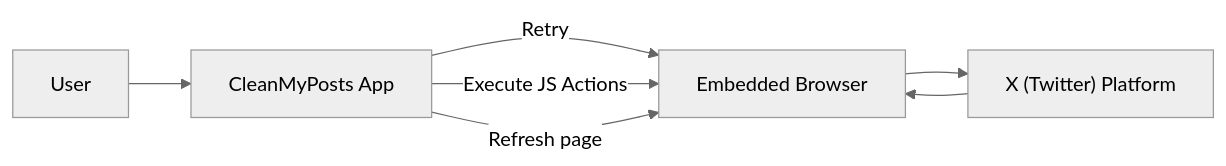
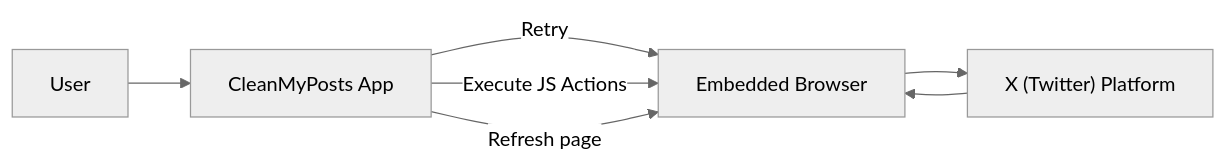
Before and after one commit to thorstenalpers/CleanMyPosts: the diagram in README.md, drawn with Mermaid (neutral theme).

````diff
--- a/README.md
+++ b/README.md
@@ -19,15 +19,15 @@
 ```mermaid
-%%{init: {"flowchart": {"diagramPadding": 115}}}%%
+%%{init: {"flowchart": {"diagramPadding": 125}}}%%
 flowchart LR
     U["User"]
     A["CleanMyPosts App"]
     B["Embedded Browser"]
     X["X (Twitter) Platform"]
 
     U -->A
     A -->|Retry|B
     A -->|Execute JS Actions|B
     A -->|Refresh page|B
     B -->X
     X -->B
 ```
````
